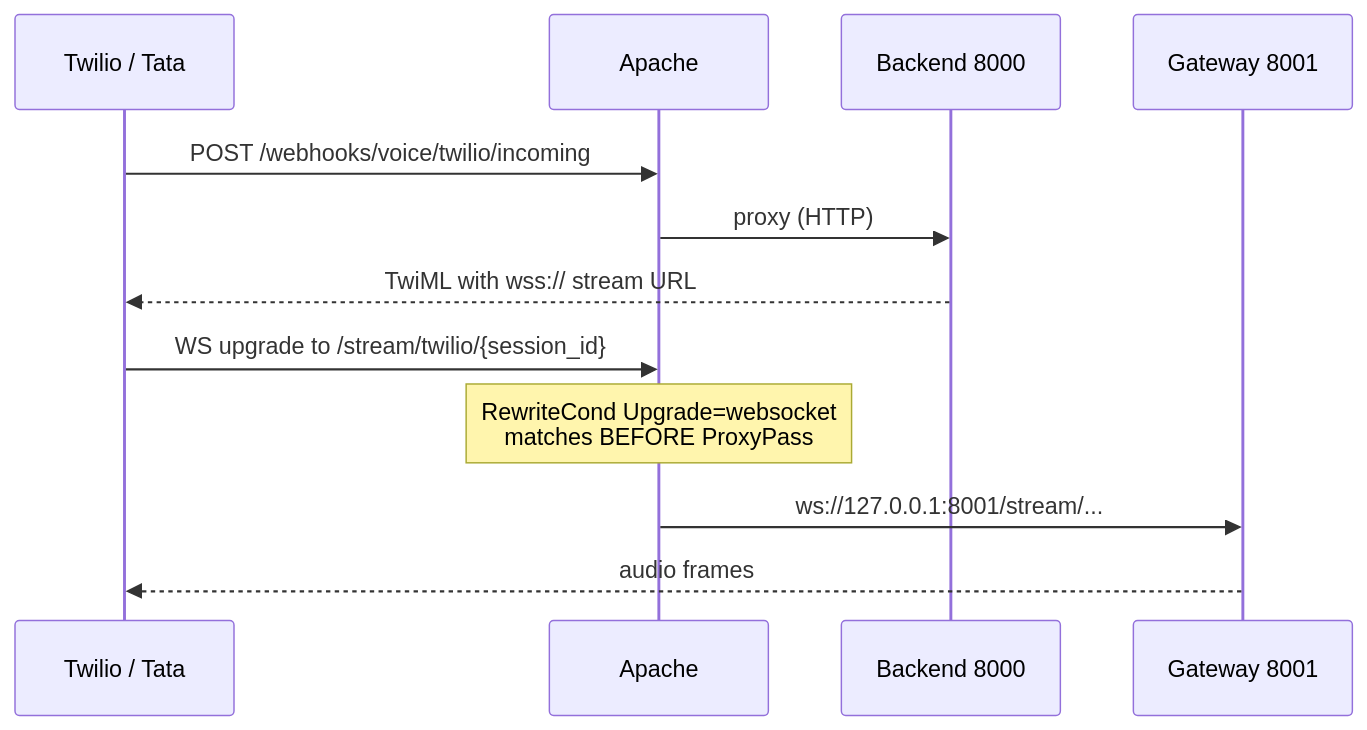
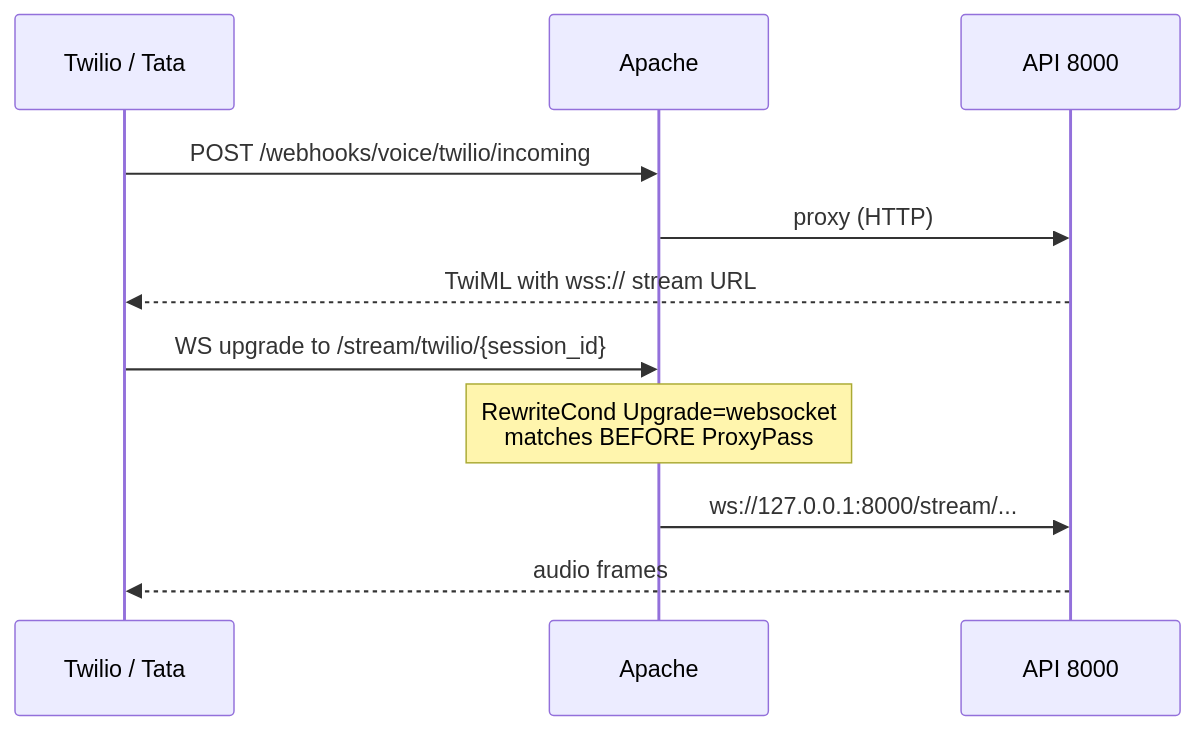
The ninth of 10 diagrams in docs/current/17-api-reference.md (gondolerahul/hire-buddha-app), drawn with Mermaid before and after one commit. The commit also changed other lines of this file and 61 other files, not shown here.

````diff
--- a/docs/current/17-api-reference.md
+++ b/docs/current/17-api-reference.md
@@ -1024,15 +956,14 @@
 ```mermaid
 sequenceDiagram
     participant P as Twilio / Tata
     participant AP as Apache
-    participant BE as Backend 8000
-    participant GW as Gateway 8001
+    participant BE as API 8000
 
     P->>AP: POST /webhooks/voice/twilio/incoming
     AP->>BE: proxy (HTTP)
     BE-->>P: TwiML with wss:// stream URL
     P->>AP: WS upgrade to /stream/twilio/{session_id}
     Note over AP: RewriteCond Upgrade=websocket<br/>matches BEFORE ProxyPass
-    AP->>GW: ws://127.0.0.1:8001/stream/...
-    GW-->>P: audio frames
+    AP->>BE: ws://127.0.0.1:8000/stream/...
+    BE-->>P: audio frames
 ```
````
